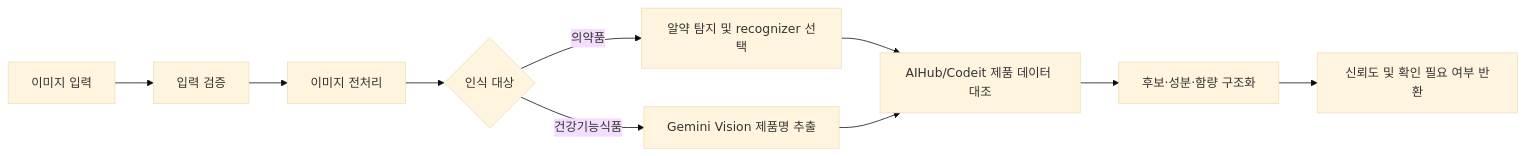
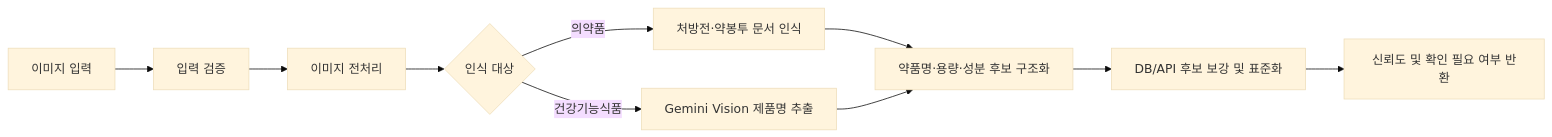
One commit to iccas6-click/ai changed the diagram in README.md. Above: the diagram before and after it, drawn with Mermaid (base theme). The commit also changed other lines of this file and 3 other files, not shown here.

````diff
--- a/README.md
+++ b/README.md
@@ -62,12 +75,12 @@
 ```mermaid
 flowchart LR
     A["이미지 입력"] --> B["입력 검증"]
     B --> C["이미지 전처리"]
     C --> D{"인식 대상"}
-    D -->|"의약품"| E["알약 탐지 및 recognizer 선택"]
+    D -->|"의약품"| E["처방전·약봉투 문서 인식"]
     D -->|"건강기능식품"| F["Gemini Vision 제품명 추출"]
-    E --> G["AIHub/Codeit 제품 데이터 대조"]
+    E --> G["약품명·용량·성분 후보 구조화"]
     F --> G
-    G --> H["후보·성분·함량 구조화"]
+    G --> H["DB/API 후보 보강 및 표준화"]
     H --> I["신뢰도 및 확인 필요 여부 반환"]
 ```
````
